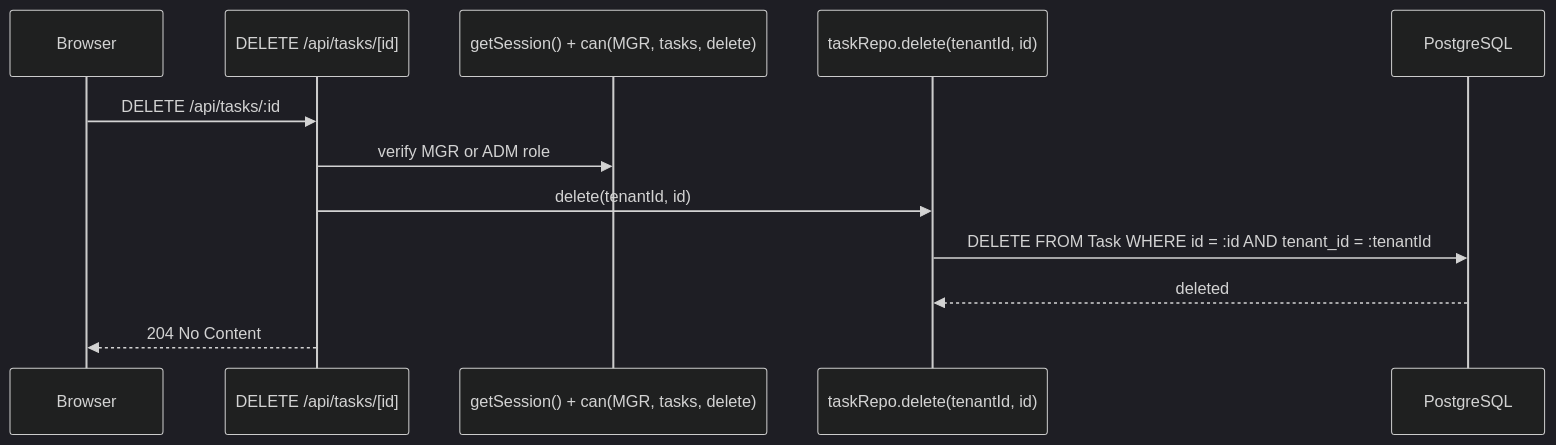
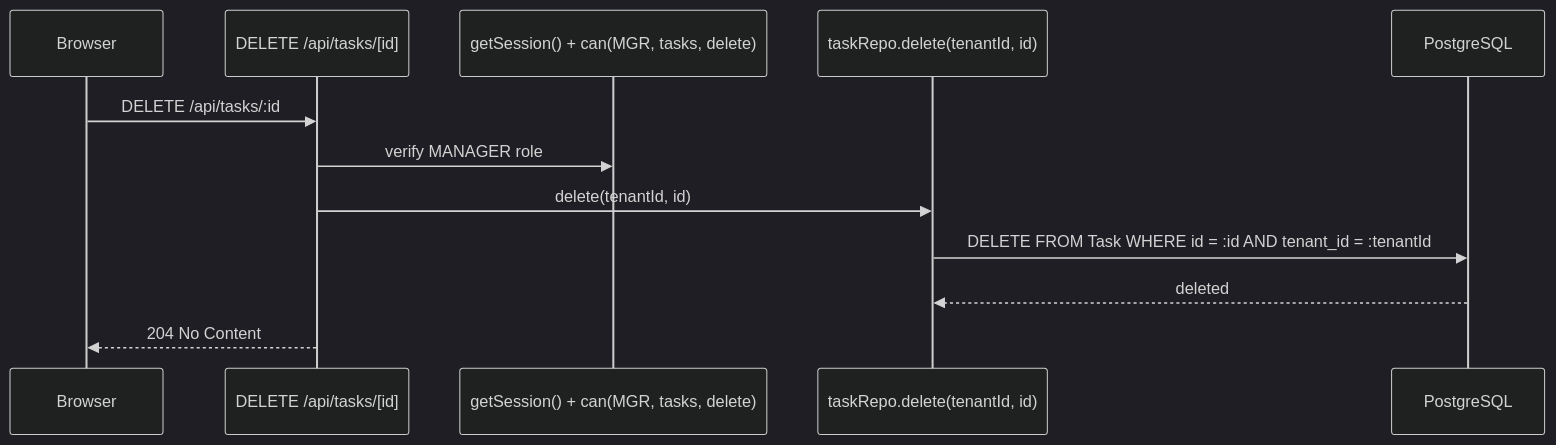
Before and after one commit to Freshair129/zuri1.0: the sixth of 7 diagrams in docs/architecture/data-flows/tasks.md, drawn with Mermaid (dark theme). The commit also changed 76 other files, not shown here.

````diff
--- a/docs/architecture/data-flows/tasks.md
+++ b/docs/architecture/data-flows/tasks.md
@@ -123,15 +123,15 @@
 ```mermaid
 sequenceDiagram
     participant Browser
     participant Route as DELETE /api/tasks/[id]
     participant Auth as getSession() + can(MGR, tasks, delete)
     participant Repo as taskRepo.delete(tenantId, id)
     participant DB as PostgreSQL
 
     Browser->>Route: DELETE /api/tasks/:id
-    Route->>Auth: verify MGR or ADM role
+    Route->>Auth: verify MANAGER role
     Route->>Repo: delete(tenantId, id)
     Repo->>DB: DELETE FROM Task WHERE id = :id AND tenant_id = :tenantId
     DB-->>Repo: deleted
     Route-->>Browser: 204 No Content
 ```
````
